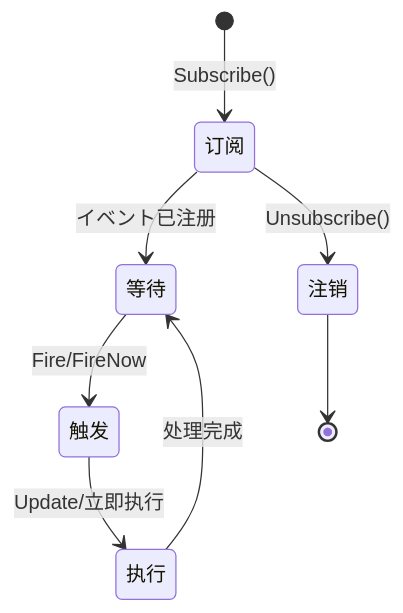
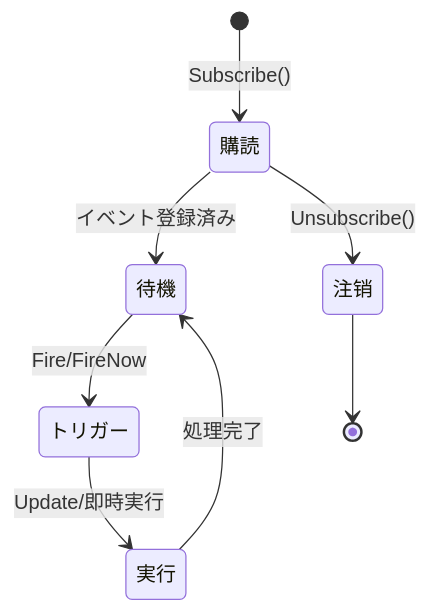
The fourth of 6 diagrams in docs/ja/client/unity/component/event/04.features.md (AlianBlank/GameFrameX.Docs), drawn with Mermaid before and after one commit. The commit also changed other lines of this file and 320 other files, not shown here.

````diff
--- a/docs/ja/client/unity/component/event/04.features.md
+++ b/docs/ja/client/unity/component/event/04.features.md
@@ -232,10 +232,10 @@
 ```mermaid
 stateDiagram-v2
-    [*] --> 订阅: Subscribe()
-    订阅 --> 等待: イベント已注册
-    等待 --> 触发: Fire/FireNow
-    触发 --> 执行: Update/立即执行
-    执行 --> 等待: 处理完成
-    订阅 --> 注销: Unsubscribe()
+    [*] --> 購読: Subscribe()
+    購読 --> 待機: イベント登録済み
+    待機 --> トリガー: Fire/FireNow
+    トリガー --> 実行: Update/即時実行
+    実行 --> 待機: 処理完了
+    購読 --> 注销: Unsubscribe()
     注销 --> [*]
 ```
````
